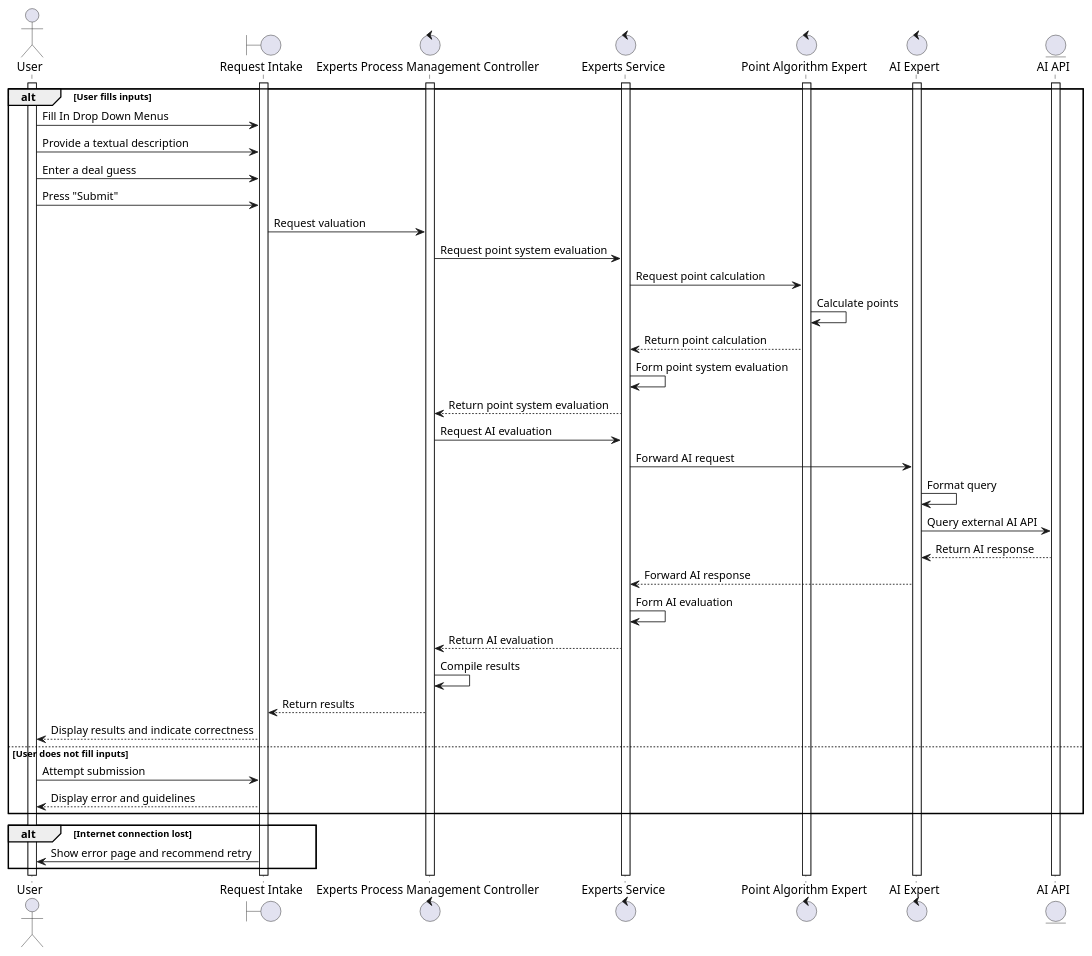
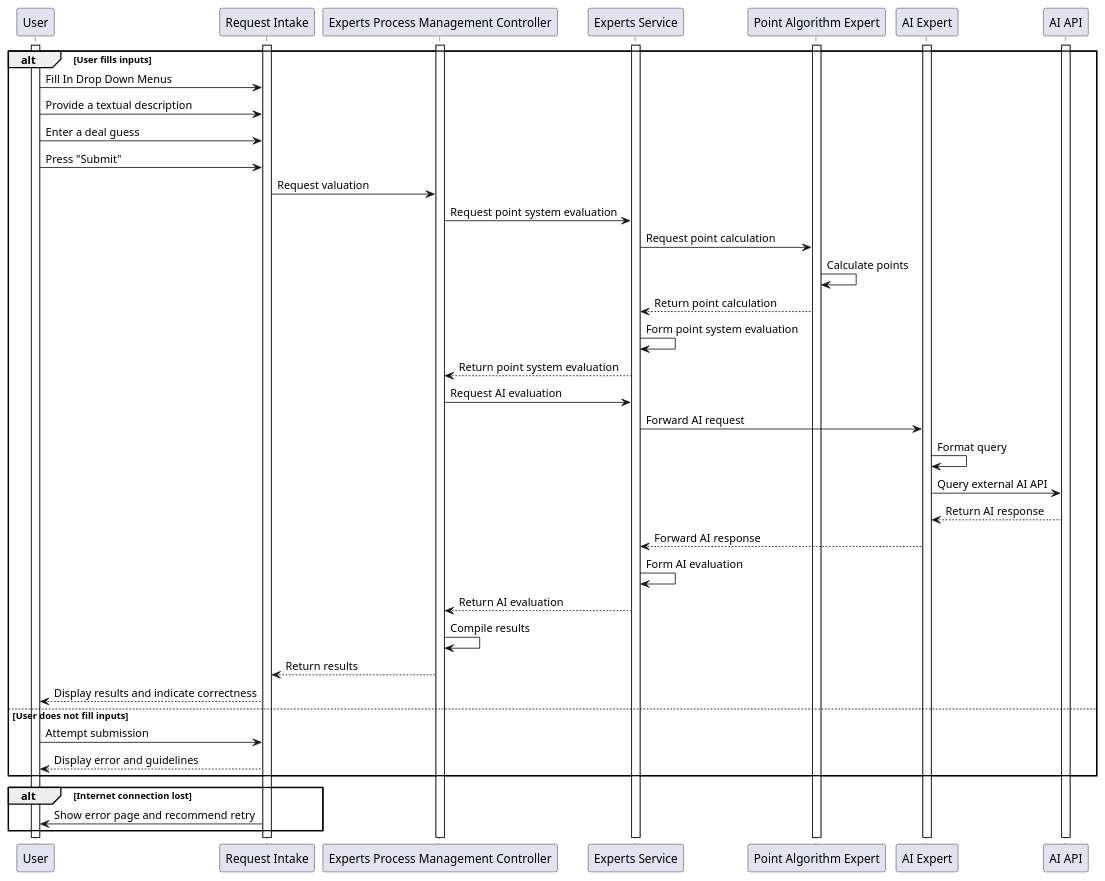
Before and after one commit to AhsanM71/SFWRENG-3A04-D1: the diagram in PUML/BE3.puml, drawn with PlantUML. The commit also changed 13 other files, not shown here.

Commit message:
updated sequence diagrams

```diff
--- a/PUML/BE3.puml
+++ b/PUML/BE3.puml
@@ -1,49 +1,49 @@
 @startuml be3
-actor User
-boundary "Request Intake" as Intake
-control "Experts Process Management Controller" as Controller
-control "Experts Service" as Service
-control "Point Algorithm Expert" as Algorithm
-control "AI Expert" as AI
-entity "AI API" as AI_API
+participant User
+participant "Request Intake" as Intake
+participant "Experts Process Management Controller" as Controller
+participant "Experts Service" as Service
+participant "Point Algorithm Expert" as Algorithm
+participant "AI Expert" as AI
+participant "AI API" as AI_API
 activate User
 activate Intake
 activate Controller
 activate Service
 activate Algorithm
 activate AI
 activate AI_API
 
 alt User fills inputs
     User -> Intake: Fill In Drop Down Menus
     User -> Intake: Provide a textual description
     User -> Intake: Enter a deal guess
     User -> Intake: Press "Submit"
     Intake -> Controller: Request valuation
     Controller -> Service: Request point system evaluation
     Service -> Algorithm: Request point calculation
     Algorithm -> Algorithm: Calculate points
     Algorithm --> Service: Return point calculation
     Service -> Service: Form point system evaluation
     Service --> Controller: Return point system evaluation
     Controller -> Service: Request AI evaluation
     Service -> AI: Forward AI request
     AI -> AI: Format query
     AI -> AI_API: Query external AI API
     AI_API --> AI: Return AI response
     AI --> Service: Forward AI response
     Service -> Service: Form AI evaluation
     Service --> Controller: Return AI evaluation
     Controller -> Controller: Compile results
     Controller --> Intake: Return results
     Intake --> User: Display results and indicate correctness
 else User does not fill inputs
     User -> Intake: Attempt submission
     Intake --> User: Display error and guidelines
 end
 
 alt Internet connection lost
     Intake -> User: Show error page and recommend retry
 end
 
 @enduml
```
